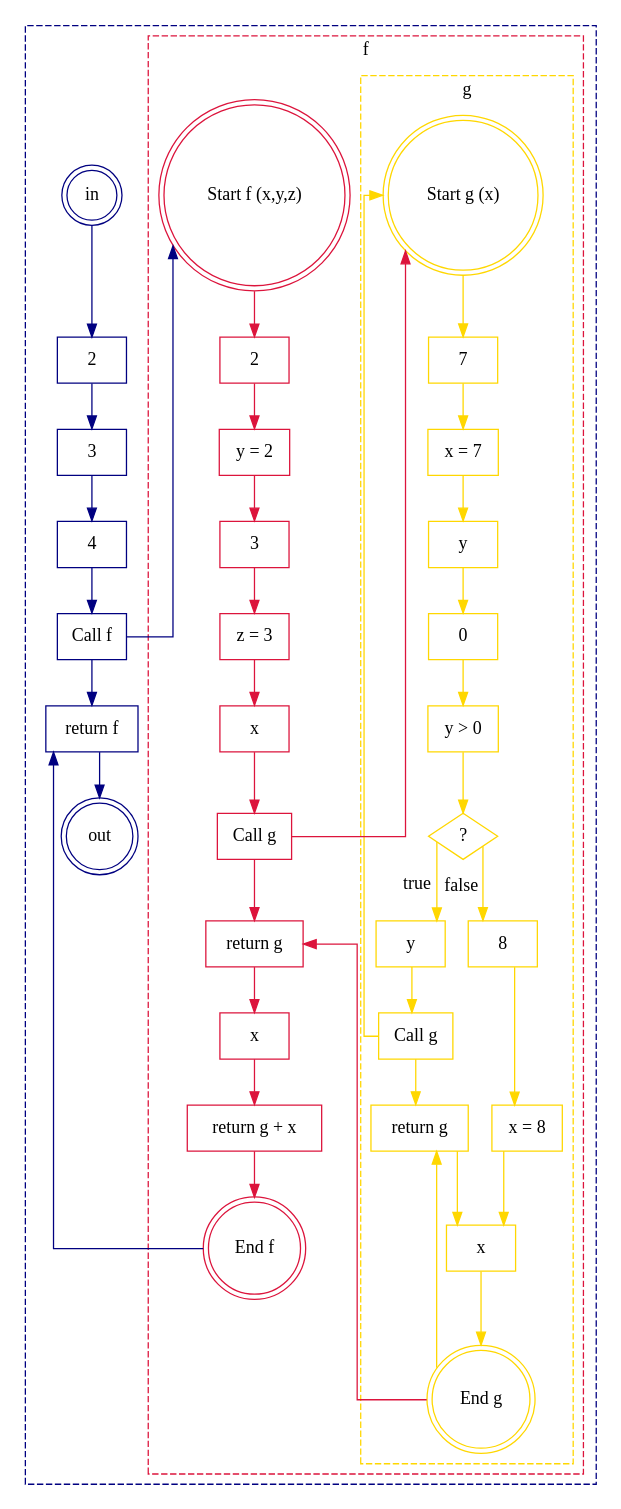
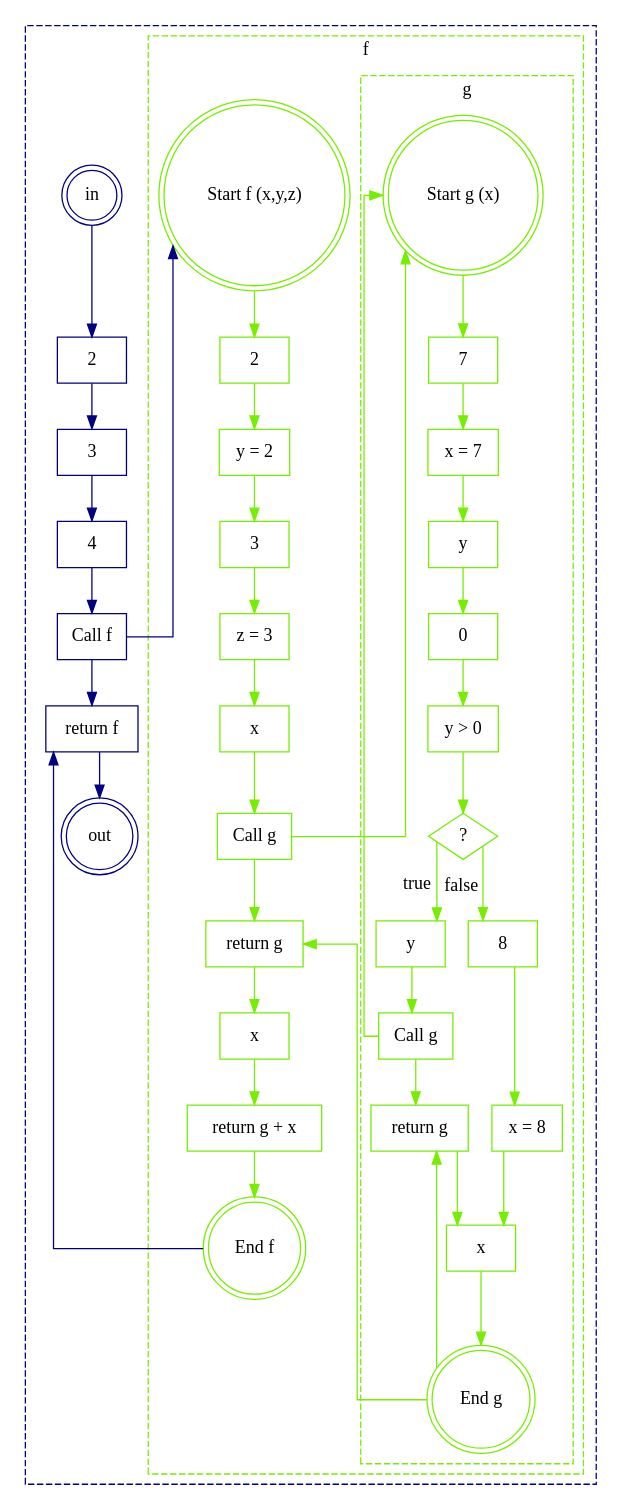
One commit to Cataract92/TRIPLA changed the diagram in res/graph.dot. Above: the diagram before and after it, drawn with Graphviz. The commit also changed 2 other files, not shown here.

```diff
--- a/res/graph.dot
+++ b/res/graph.dot
@@ -1,86 +1,86 @@
 digraph G {
   splines=ortho;
   subgraph cluster_ {
     label="";
      style="dashed"    color="navy";
   subgraph cluster_f {
     label="f";
-     style="dashed"    color="crimson";
+     style="dashed"    color="chartreuse2";
   subgraph cluster_g {
     label="g";
-     style="dashed"    color="gold";
-1 [label = "Start g (x)", shape = "doublecircle", style = "", color="gold"];
-2 [label = "End g", shape = "doublecircle", style = "", color="gold"];
-3 [label = "7", shape = "rectangle", style = "", color="gold"];
-4 [label = "x = 7", shape = "rectangle", style = "", color="gold"];
-5 [label = "y", shape = "rectangle", style = "", color="gold"];
-6 [label = "0", shape = "rectangle", style = "", color="gold"];
-7 [label = "y > 0", shape = "rectangle", style = "", color="gold"];
-8 [label = "?", shape = "diamond", style = "", color="gold"];
-9 [label = "y", shape = "rectangle", style = "", color="gold"];
-10 [label = "Call g", shape = "rectangle", style = "", color="gold"];
-11 [label = "return g", shape = "rectangle", style = "", color="gold"];
-12 [label = "8", shape = "rectangle", style = "", color="gold"];
-13 [label = "x = 8", shape = "rectangle", style = "", color="gold"];
-14 [label = "x", shape = "rectangle", style = "", color="gold"];
-  1 -> 3 [xlabel = "", constraint = "true", color="gold"]
-  3 -> 4 [xlabel = "", constraint = "true", color="gold"]
-  4 -> 5 [xlabel = "", constraint = "true", color="gold"]
-  5 -> 6 [xlabel = "", constraint = "true", color="gold"]
-  6 -> 7 [xlabel = "", constraint = "true", color="gold"]
-  7 -> 8 [xlabel = "", constraint = "true", color="gold"]
-  8 -> 9 [xlabel = "true", constraint = "true", color="gold"]
-  9 -> 10 [xlabel = "", constraint = "true", color="gold"]
-  10 -> 11 [xlabel = "", constraint = "true", color="gold"]
-  10 -> 1 [xlabel = "", constraint = "false", color="gold"]
-  2 -> 11 [xlabel = "", constraint = "false", color="gold"]
-  8 -> 12 [xlabel = "false", constraint = "true", color="gold"]
-  12 -> 13 [xlabel = "", constraint = "true", color="gold"]
-  14 -> 2 [xlabel = "", constraint = "true", color="gold"]
-  11 -> 14 [xlabel = "", constraint = "true", color="gold"]
-  13 -> 14 [xlabel = "", constraint = "true", color="gold"]
+     style="dashed"    color="chartreuse2";
+1 [label = "Start g (x)", shape = "doublecircle", style = "", color="chartreuse2"];
+2 [label = "End g", shape = "doublecircle", style = "", color="chartreuse2"];
+3 [label = "7", shape = "rectangle", style = "", color="chartreuse2"];
+4 [label = "x = 7", shape = "rectangle", style = "", color="chartreuse2"];
+5 [label = "y", shape = "rectangle", style = "", color="chartreuse2"];
+6 [label = "0", shape = "rectangle", style = "", color="chartreuse2"];
+7 [label = "y > 0", shape = "rectangle", style = "", color="chartreuse2"];
+8 [label = "?", shape = "diamond", style = "", color="chartreuse2"];
+9 [label = "y", shape = "rectangle", style = "", color="chartreuse2"];
+10 [label = "Call g", shape = "rectangle", style = "", color="chartreuse2"];
+11 [label = "return g", shape = "rectangle", style = "", color="chartreuse2"];
+12 [label = "8", shape = "rectangle", style = "", color="chartreuse2"];
+13 [label = "x = 8", shape = "rectangle", style = "", color="chartreuse2"];
+14 [label = "x", shape = "rectangle", style = "", color="chartreuse2"];
+  1 -> 3 [xlabel = "", constraint = "true", color="chartreuse2"]
+  3 -> 4 [xlabel = "", constraint = "true", color="chartreuse2"]
+  4 -> 5 [xlabel = "", constraint = "true", color="chartreuse2"]
+  5 -> 6 [xlabel = "", constraint = "true", color="chartreuse2"]
+  6 -> 7 [xlabel = "", constraint = "true", color="chartreuse2"]
+  7 -> 8 [xlabel = "", constraint = "true", color="chartreuse2"]
+  8 -> 9 [xlabel = "true", constraint = "true", color="chartreuse2"]
+  9 -> 10 [xlabel = "", constraint = "true", color="chartreuse2"]
+  10 -> 11 [xlabel = "", constraint = "true", color="chartreuse2"]
+  10 -> 1 [xlabel = "", constraint = "false", color="chartreuse2"]
+  2 -> 11 [xlabel = "", constraint = "false", color="chartreuse2"]
+  8 -> 12 [xlabel = "false", constraint = "true", color="chartreuse2"]
+  12 -> 13 [xlabel = "", constraint = "true", color="chartreuse2"]
+  14 -> 2 [xlabel = "", constraint = "true", color="chartreuse2"]
+  11 -> 14 [xlabel = "", constraint = "true", color="chartreuse2"]
+  13 -> 14 [xlabel = "", constraint = "true", color="chartreuse2"]
 
 }
-15 [label = "Start f (x,y,z)", shape = "doublecircle", style = "", color="crimson"];
-16 [label = "End f", shape = "doublecircle", style = "", color="crimson"];
-17 [label = "2", shape = "rectangle", style = "", color="crimson"];
-18 [label = "y = 2", shape = "rectangle", style = "", color="crimson"];
-19 [label = "3", shape = "rectangle", style = "", color="crimson"];
-20 [label = "z = 3", shape = "rectangle", style = "", color="crimson"];
-21 [label = "x", shape = "rectangle", style = "", color="crimson"];
-22 [label = "Call g", shape = "rectangle", style = "", color="crimson"];
-23 [label = "return g", shape = "rectangle", style = "", color="crimson"];
-24 [label = "x", shape = "rectangle", style = "", color="crimson"];
-25 [label = "return g + x", shape = "rectangle", style = "", color="crimson"];
-  15 -> 17 [xlabel = "", constraint = "true", color="crimson"]
-  17 -> 18 [xlabel = "", constraint = "true", color="crimson"]
-  18 -> 19 [xlabel = "", constraint = "true", color="crimson"]
-  19 -> 20 [xlabel = "", constraint = "true", color="crimson"]
-  20 -> 21 [xlabel = "", constraint = "true", color="crimson"]
-  21 -> 22 [xlabel = "", constraint = "true", color="crimson"]
-  22 -> 23 [xlabel = "", constraint = "true", color="crimson"]
-  22 -> 1 [xlabel = "", constraint = "false", color="crimson"]
-  2 -> 23 [xlabel = "", constraint = "false", color="crimson"]
-  23 -> 24 [xlabel = "", constraint = "true", color="crimson"]
-  24 -> 25 [xlabel = "", constraint = "true", color="crimson"]
-  25 -> 16 [xlabel = "", constraint = "true", color="crimson"]
+15 [label = "Start f (x,y,z)", shape = "doublecircle", style = "", color="chartreuse2"];
+16 [label = "End f", shape = "doublecircle", style = "", color="chartreuse2"];
+17 [label = "2", shape = "rectangle", style = "", color="chartreuse2"];
+18 [label = "y = 2", shape = "rectangle", style = "", color="chartreuse2"];
+19 [label = "3", shape = "rectangle", style = "", color="chartreuse2"];
+20 [label = "z = 3", shape = "rectangle", style = "", color="chartreuse2"];
+21 [label = "x", shape = "rectangle", style = "", color="chartreuse2"];
+22 [label = "Call g", shape = "rectangle", style = "", color="chartreuse2"];
+23 [label = "return g", shape = "rectangle", style = "", color="chartreuse2"];
+24 [label = "x", shape = "rectangle", style = "", color="chartreuse2"];
+25 [label = "return g + x", shape = "rectangle", style = "", color="chartreuse2"];
+  15 -> 17 [xlabel = "", constraint = "true", color="chartreuse2"]
+  17 -> 18 [xlabel = "", constraint = "true", color="chartreuse2"]
+  18 -> 19 [xlabel = "", constraint = "true", color="chartreuse2"]
+  19 -> 20 [xlabel = "", constraint = "true", color="chartreuse2"]
+  20 -> 21 [xlabel = "", constraint = "true", color="chartreuse2"]
+  21 -> 22 [xlabel = "", constraint = "true", color="chartreuse2"]
+  22 -> 23 [xlabel = "", constraint = "true", color="chartreuse2"]
+  22 -> 1 [xlabel = "", constraint = "false", color="chartreuse2"]
+  2 -> 23 [xlabel = "", constraint = "false", color="chartreuse2"]
+  23 -> 24 [xlabel = "", constraint = "true", color="chartreuse2"]
+  24 -> 25 [xlabel = "", constraint = "true", color="chartreuse2"]
+  25 -> 16 [xlabel = "", constraint = "true", color="chartreuse2"]
 
 }
 26 [label = "in", shape = "doublecircle", style = "", color="navy"];
 27 [label = "out", shape = "doublecircle", style = "", color="navy"];
 28 [label = "2", shape = "rectangle", style = "", color="navy"];
 29 [label = "3", shape = "rectangle", style = "", color="navy"];
 30 [label = "4", shape = "rectangle", style = "", color="navy"];
 31 [label = "Call f", shape = "rectangle", style = "", color="navy"];
 32 [label = "return f", shape = "rectangle", style = "", color="navy"];
   26 -> 28 [xlabel = "", constraint = "true", color="navy"]
   28 -> 29 [xlabel = "", constraint = "true", color="navy"]
   29 -> 30 [xlabel = "", constraint = "true", color="navy"]
   30 -> 31 [xlabel = "", constraint = "true", color="navy"]
   31 -> 32 [xlabel = "", constraint = "true", color="navy"]
   31 -> 15 [xlabel = "", constraint = "false", color="navy"]
   16 -> 32 [xlabel = "", constraint = "false", color="navy"]
   32 -> 27 [xlabel = "", constraint = "true", color="navy"]
 
 }
 }
```
